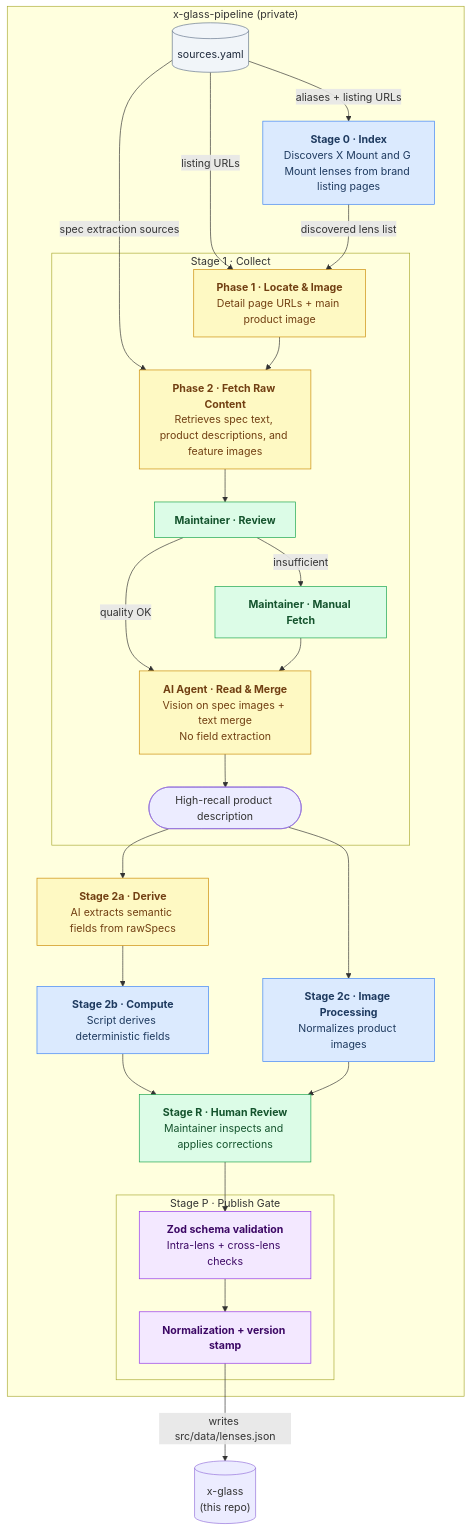
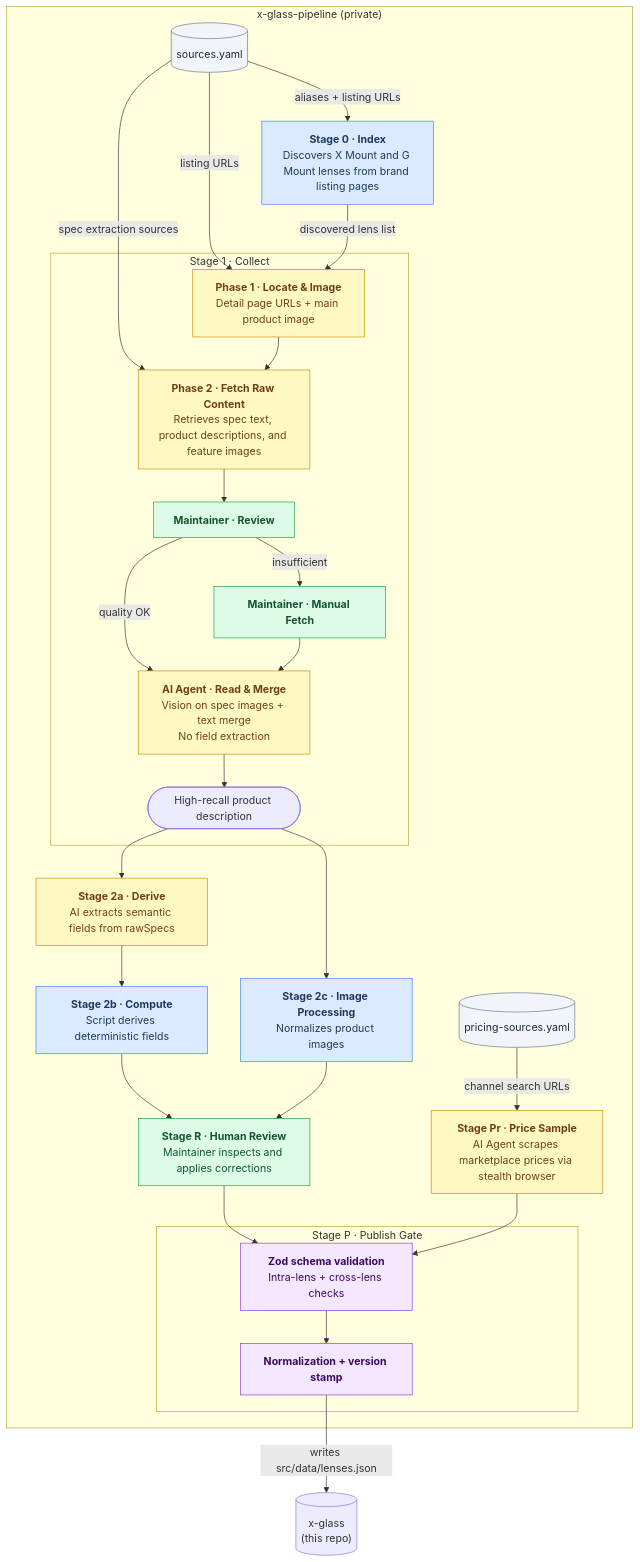
One commit to sentacraft/atlens changed the diagram in README.md. Above: the diagram before and after it, drawn with Mermaid.

Commit message:
docs: add Pricing stage to data pipeline diagram
Add Stage Pr (Price Sample) and pricing-sources.yaml to the
Mermaid flowchart, showing how marketplace prices are collected
by AI Agent via stealth browser and fed into the Publish Gate.

````diff
--- a/README.md
+++ b/README.md
@@ -60,56 +60,61 @@
 ```mermaid
 flowchart TD
   subgraph pipeline["x-glass-pipeline (private)"]
     SOURCES[("sources.yaml")]
+    PRICING_SOURCES[("pricing-sources.yaml")]
 
     S0["<b>Stage 0 · Index</b><br/>Discovers X Mount and G Mount lenses from brand listing pages"]
 
     subgraph s1["Stage 1 · Collect"]
       S1p1["<b>Phase 1 · Locate & Image</b><br/>Detail page URLs + main product image"]
       S1p2["<b>Phase 2 · Fetch Raw Content</b><br/>Retrieves spec text, product descriptions, and feature images"]
       S1r["<b>Maintainer · Review</b>"]
       S1h["<b>Maintainer · Manual Fetch</b>"]
       S1b["<b>AI Agent · Read & Merge</b><br/>Vision on spec images + text merge<br/>No field extraction"]
       S1out(["High-recall product description"])
     end
 
     S2a["<b>Stage 2a · Derive</b><br/>AI extracts semantic fields from rawSpecs"]
     S2b["<b>Stage 2b · Compute</b><br/>Script derives deterministic fields"]
     S2c["<b>Stage 2c · Image Processing</b><br/>Normalizes product images"]
     SR["<b>Stage R · Human Review</b><br/>Maintainer inspects and applies corrections"]
+
+    SPr["<b>Stage Pr · Price Sample</b><br/>AI Agent scrapes marketplace prices via stealth browser"]
 
     subgraph sp["Stage P · Publish Gate"]
       SP1["<b>Zod schema validation</b><br/>Intra-lens + cross-lens checks"]
       SP2["<b>Normalization + version stamp</b>"]
     end
   end
 
   SOURCES -->|"aliases + listing URLs"| S0
   SOURCES -->|"listing URLs"| S1p1
   SOURCES -->|"spec extraction sources"| S1p2
   S0 -->|"discovered lens list"| S1p1
   S1p1 --> S1p2
   S1p2 --> S1r
   S1r -->|"quality OK"| S1b
   S1r -->|"insufficient"| S1h
   S1h --> S1b
   S1b --> S1out
   S1out --> S2a & S2c
   S2a --> S2b
   S2b & S2c --> SR
   SR --> SP1
+  PRICING_SOURCES -->|"channel search URLs"| SPr
+  SPr --> SP1
   SP1 --> SP2
   SP2 -->|"writes src/data/lenses.json"| DB[("x-glass<br/>(this repo)")]
 
   classDef script fill:#dbeafe,stroke:#3b82f6,color:#1e3a5f
   classDef agent fill:#fef9c3,stroke:#ca8a04,color:#713f12
   classDef human fill:#dcfce7,stroke:#16a34a,color:#14532d
   classDef gate fill:#f3e8ff,stroke:#9333ea,color:#3b0764
   classDef config fill:#f1f5f9,stroke:#64748b,color:#1e293b
 
   class S0,S2b,S2c script
-  class S1p1,S1p2,S1b,S2a agent
+  class S1p1,S1p2,S1b,S2a,SPr agent
   class S1r,S1h,SR human
   class SP1,SP2 gate
-  class SOURCES config
+  class SOURCES,PRICING_SOURCES config
 ```
````
